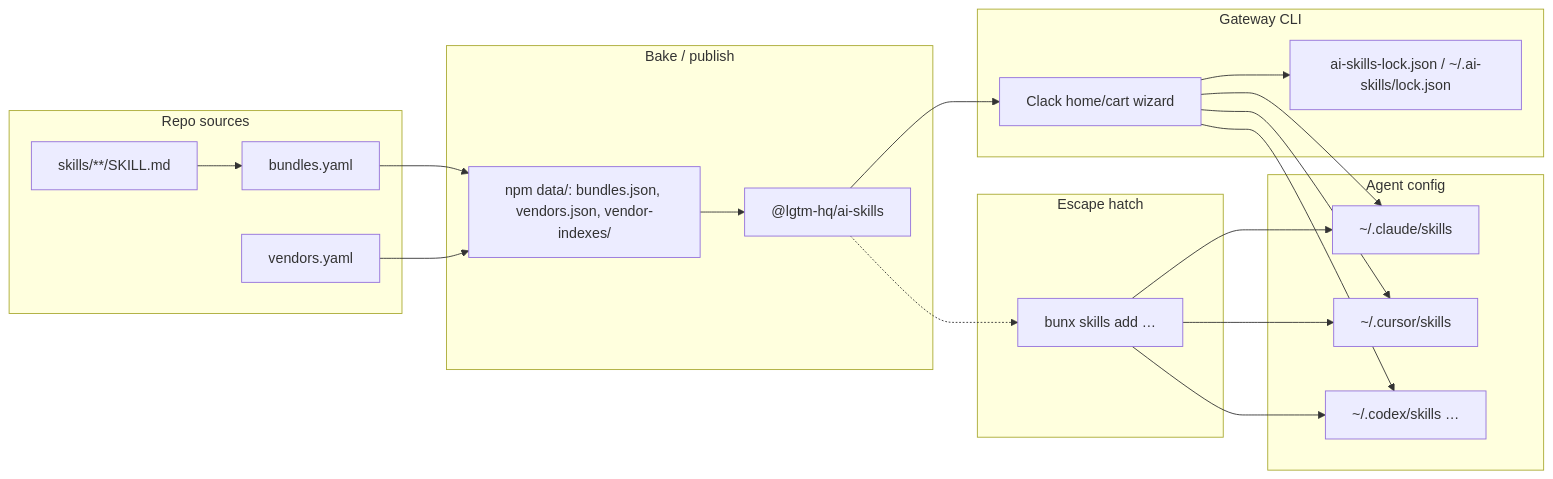
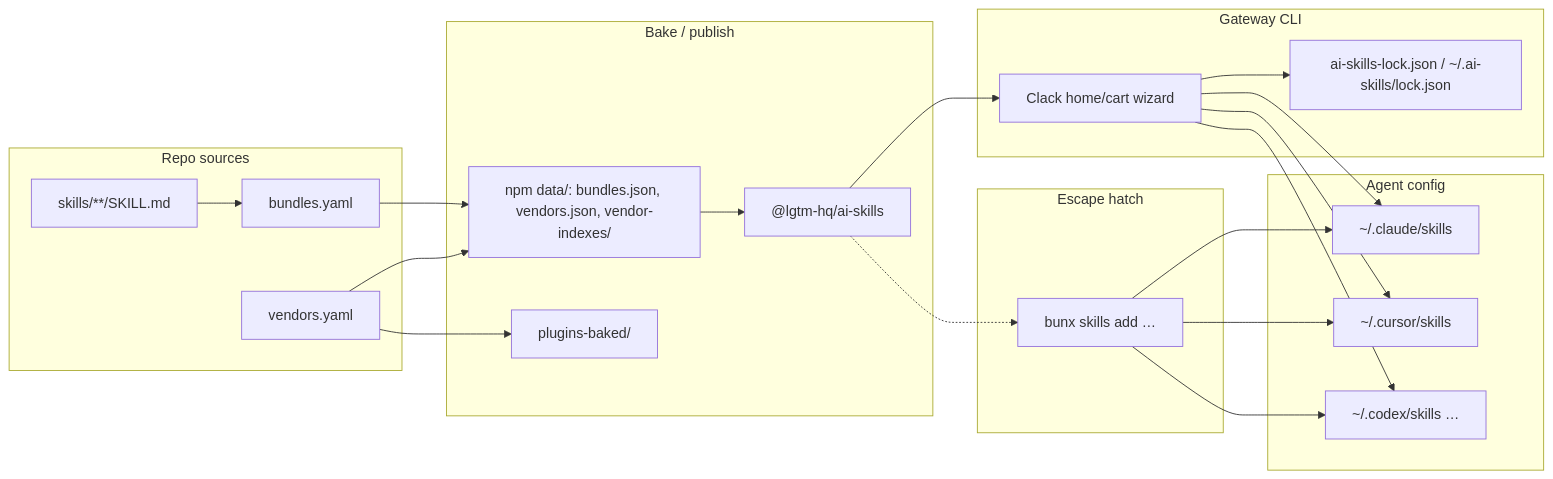
The diagram in CONTRIBUTING.md (lgtm-hq/ai-skills), drawn with Mermaid before and after one commit. The commit also changed other lines of this file and 24 other files, not shown here.

````diff
--- a/CONTRIBUTING.md
+++ b/CONTRIBUTING.md
@@ -180,37 +232,39 @@
 ```mermaid
 flowchart LR
   subgraph sources [Repo sources]
     SK["skills/**/SKILL.md"]
     BY["bundles.yaml"]
     VY["vendors.yaml"]
   end
   subgraph bake [Bake / publish]
     DATA["npm data/: bundles.json, vendors.json, vendor-indexes/"]
+    BAKED["plugins-baked/"]
     PKG["@lgtm-hq/ai-skills"]
   end
   subgraph gateway [Gateway CLI]
     UI["Clack home/cart wizard"]
     LOCK["ai-skills-lock.json / ~/.ai-skills/lock.json"]
   end
   subgraph escape [Escape hatch]
     add["bunx skills add …"]
   end
   subgraph dirs [Agent config]
     c["~/.claude/skills"]
     u["~/.cursor/skills"]
     x["~/.codex/skills …"]
   end
   SK --> BY
   BY --> DATA
   VY --> DATA
+  VY --> BAKED
   DATA --> PKG
   PKG --> UI
   UI --> LOCK
   UI --> c
   UI --> u
   UI --> x
   PKG -.-> add
   add --> c
   add --> u
   add --> x
 ```
````
